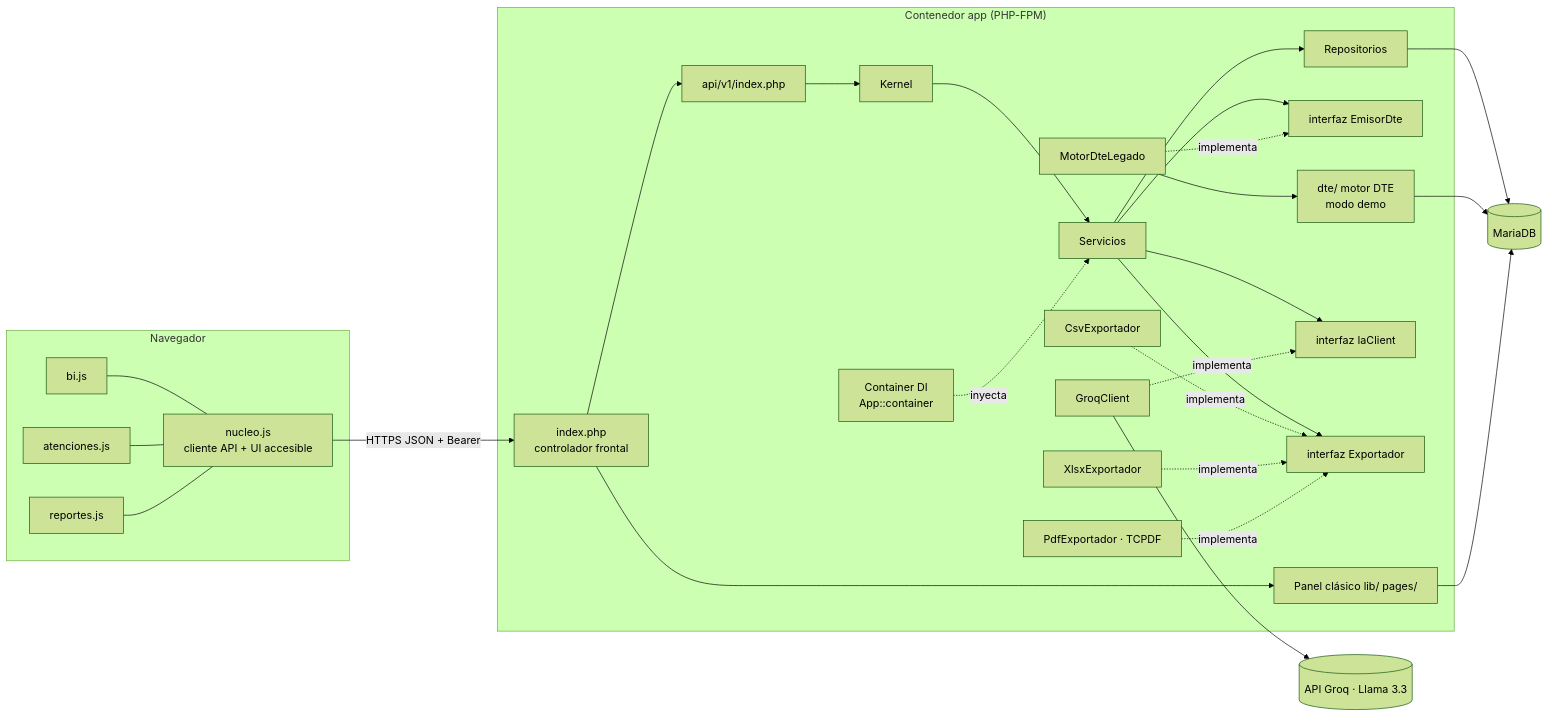
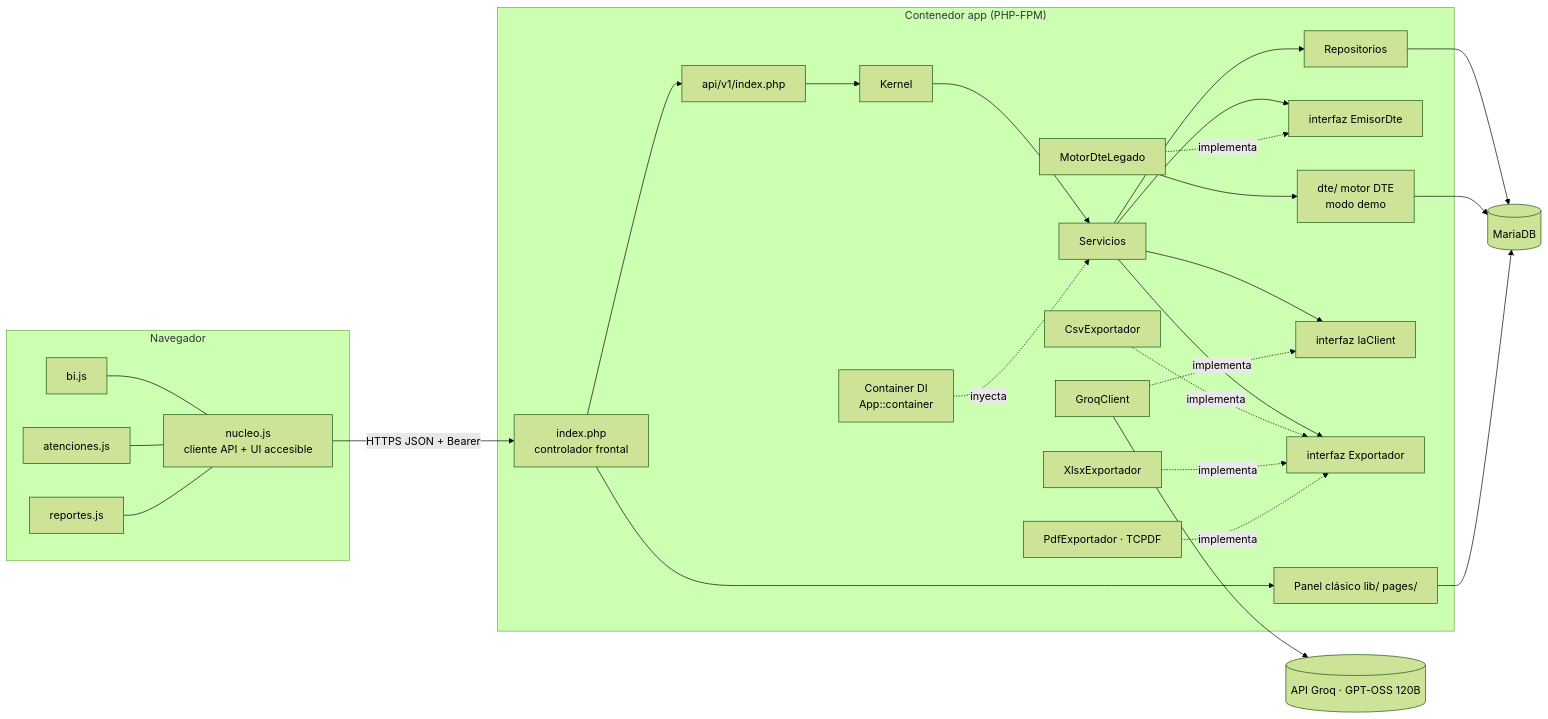
One commit to RocioBelenVG/Eval3EspacioLuzdemo changed the diagram in docs/diagramas/03_componentes.mmd. Above: the diagram before and after it, drawn with Mermaid (forest theme). The commit also changed 3 other files, not shown here.

Commit message:
Evidencia: primer resumen real con IA (Groq, GPT-OSS 120B) del semestre; diagrama de componentes actualizado

```diff
--- a/docs/diagramas/03_componentes.mmd
+++ b/docs/diagramas/03_componentes.mmd
@@ -1,42 +1,42 @@
 flowchart LR
     subgraph NAV["Navegador"]
         JS["nucleo.js<br/>cliente API + UI accesible"]
         BI["bi.js"] --- JS
         AT["atenciones.js"] --- JS
         RP["reportes.js"] --- JS
     end
     subgraph APP["Contenedor app (PHP-FPM)"]
         IDX["index.php<br/>controlador frontal"]
         V1["api/v1/index.php"]
         KER["Kernel"]
         CT["Container DI<br/>App::container"]
         SVC["Servicios"]
         REP["Repositorios"]
         EMI["interfaz EmisorDte"]
         MOT["MotorDteLegado"]
         DTE["dte/ motor DTE<br/>modo demo"]
         IAI["interfaz IaClient"]
         GROQ["GroqClient"]
         EXP["interfaz Exportador"]
         CSV["CsvExportador"]
         XLS["XlsxExportador"]
         PDF["PdfExportador · TCPDF"]
         LEG["Panel clásico lib/ pages/"]
     end
     DBX[("MariaDB")]
-    LLM[("API Groq · Llama 3.3")]
+    LLM[("API Groq · GPT-OSS 120B")]
     JS -- "HTTPS JSON + Bearer" --> IDX --> V1 --> KER --> SVC
     IDX --> LEG
     CT -. "inyecta" .-> SVC
     SVC --> REP --> DBX
     SVC --> EMI
     MOT -. "implementa" .-> EMI
     MOT --> DTE --> DBX
     SVC --> IAI
     GROQ -. "implementa" .-> IAI
     GROQ --> LLM
     SVC --> EXP
     CSV -. "implementa" .-> EXP
     XLS -. "implementa" .-> EXP
     PDF -. "implementa" .-> EXP
     LEG --> DBX
```
